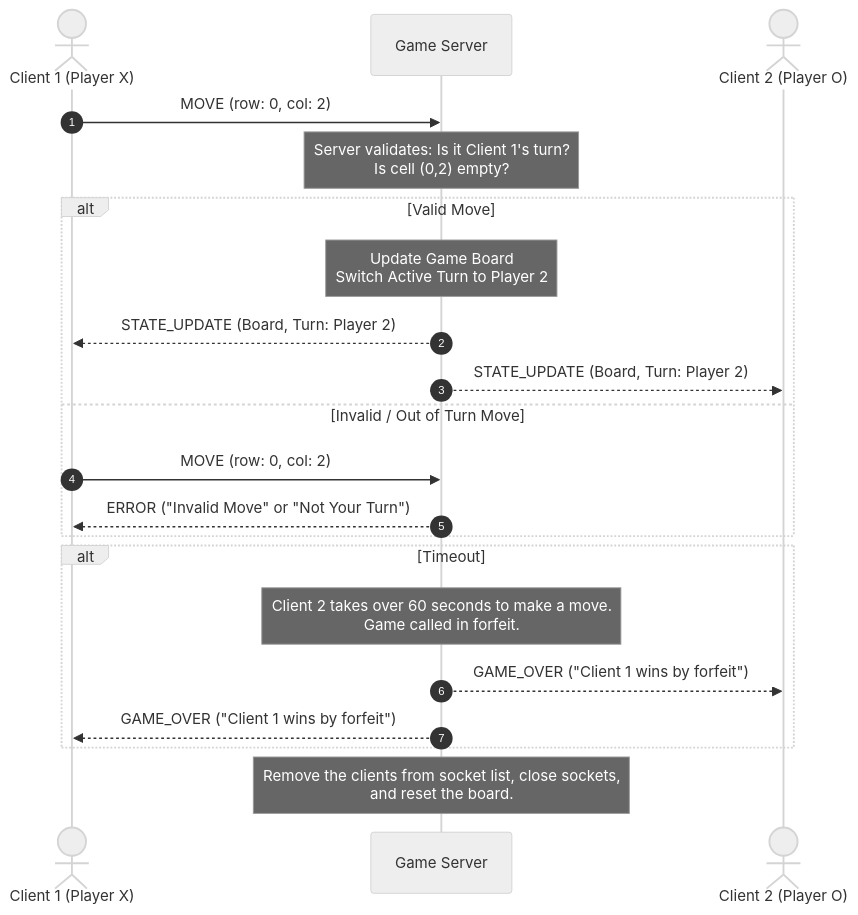
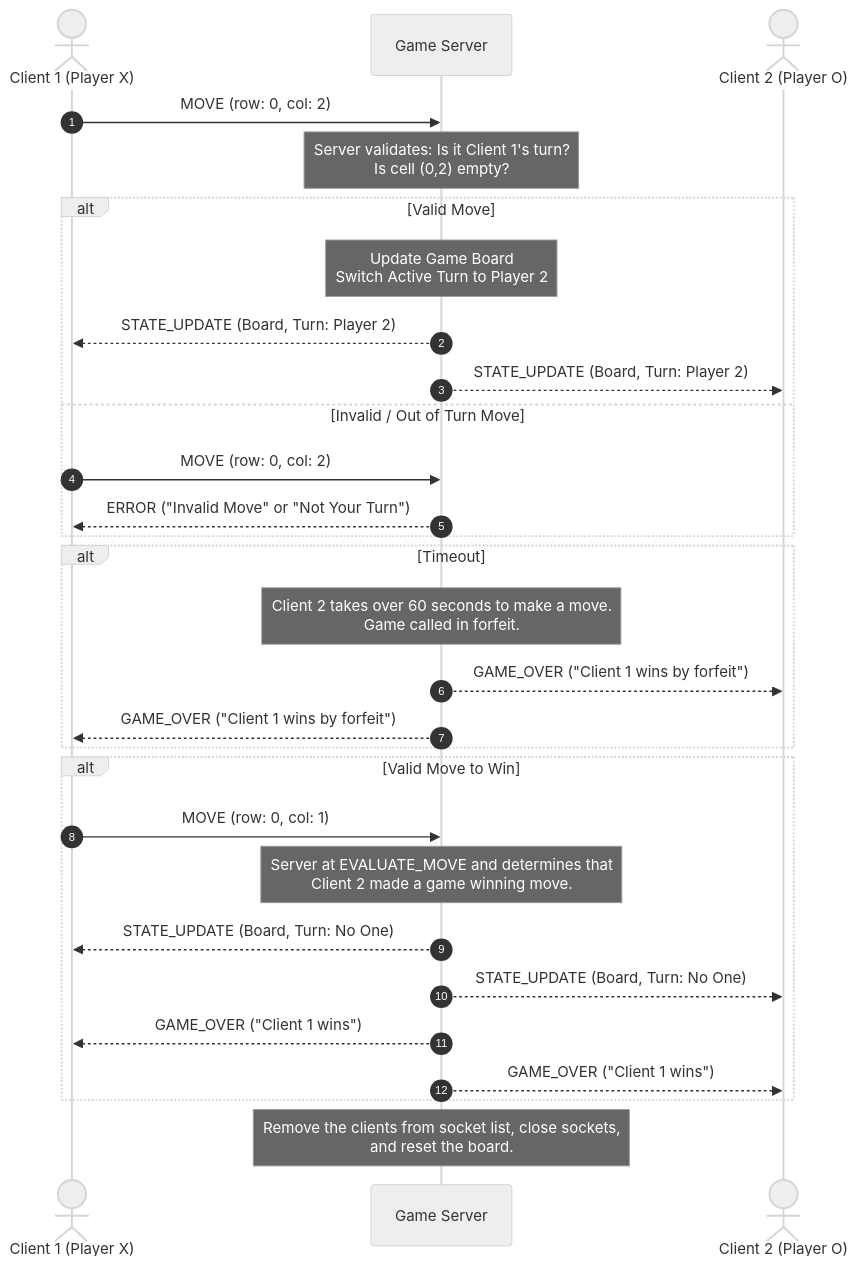
One commit to LoneFalconer/CS-457-Netwroking-Game changed the diagram in docs/sequence_diagram.md. Above: the diagram before and after it, drawn with Mermaid (neutral theme).

Commit message:
Update sequence diagram for game over scenarios

````diff
--- a/docs/sequence_diagram.md
+++ b/docs/sequence_diagram.md
@@ -2,25 +2,34 @@
 ``` mermaid
 sequenceDiagram
 
 autonumber
     actor Client1 as Client 1 (Player X)
     participant Server as Game Server
     actor Client2 as Client 2 (Player O)
 
     Client1->>Server: MOVE (row: 0, col: 2)
     Note over Server: Server validates: Is it Client 1's turn?<br>Is cell (0,2) empty?
     alt Valid Move
         Note over Server: Update Game Board<br>Switch Active Turn to Player 2
         Server-->>Client1: STATE_UPDATE (Board, Turn: Player 2)
         Server-->>Client2: STATE_UPDATE (Board, Turn: Player 2)
     else Invalid / Out of Turn Move
         Client1->>Server: MOVE (row: 0, col: 2)
         Server-->>Client1: ERROR ("Invalid Move" or "Not Your Turn")
     end
     alt Timeout
         Note over Server: Client 2 takes over 60 seconds to make a move.<br> Game called in forfeit.
         Server-->>Client2: GAME_OVER ("Client 1 wins by forfeit")
         Server-->>Client1: GAME_OVER ("Client 1 wins by forfeit")
     end
+        alt Valid Move to Win
+        Client1->>Server: MOVE (row: 0, col: 1)
+        Note over Server: Server at EVALUATE_MOVE and determines that<br> Client 2 made a game winning move.
+        Server-->>Client1: STATE_UPDATE (Board, Turn: No One)
+        Server-->>Client2: STATE_UPDATE (Board, Turn: No One)
+        Server-->>Client1: GAME_OVER ("Client 1 wins")
+        Server-->>Client2: GAME_OVER ("Client 1 wins")
+        
+    end
     Note over Server: Remove the clients from socket list, close sockets,<br> and reset the board.
 ```
````
